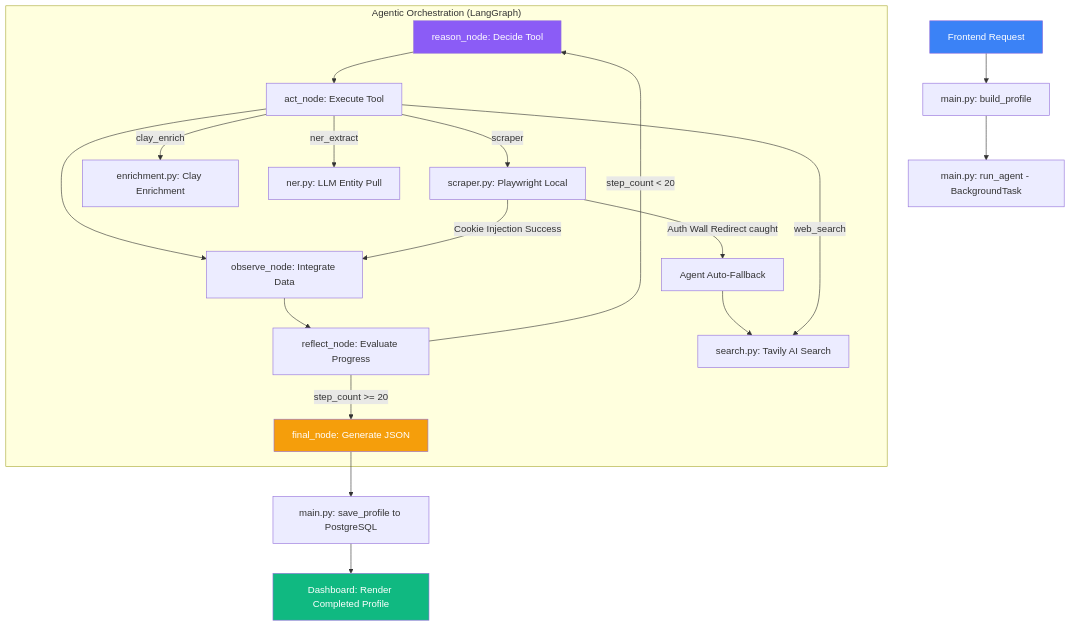
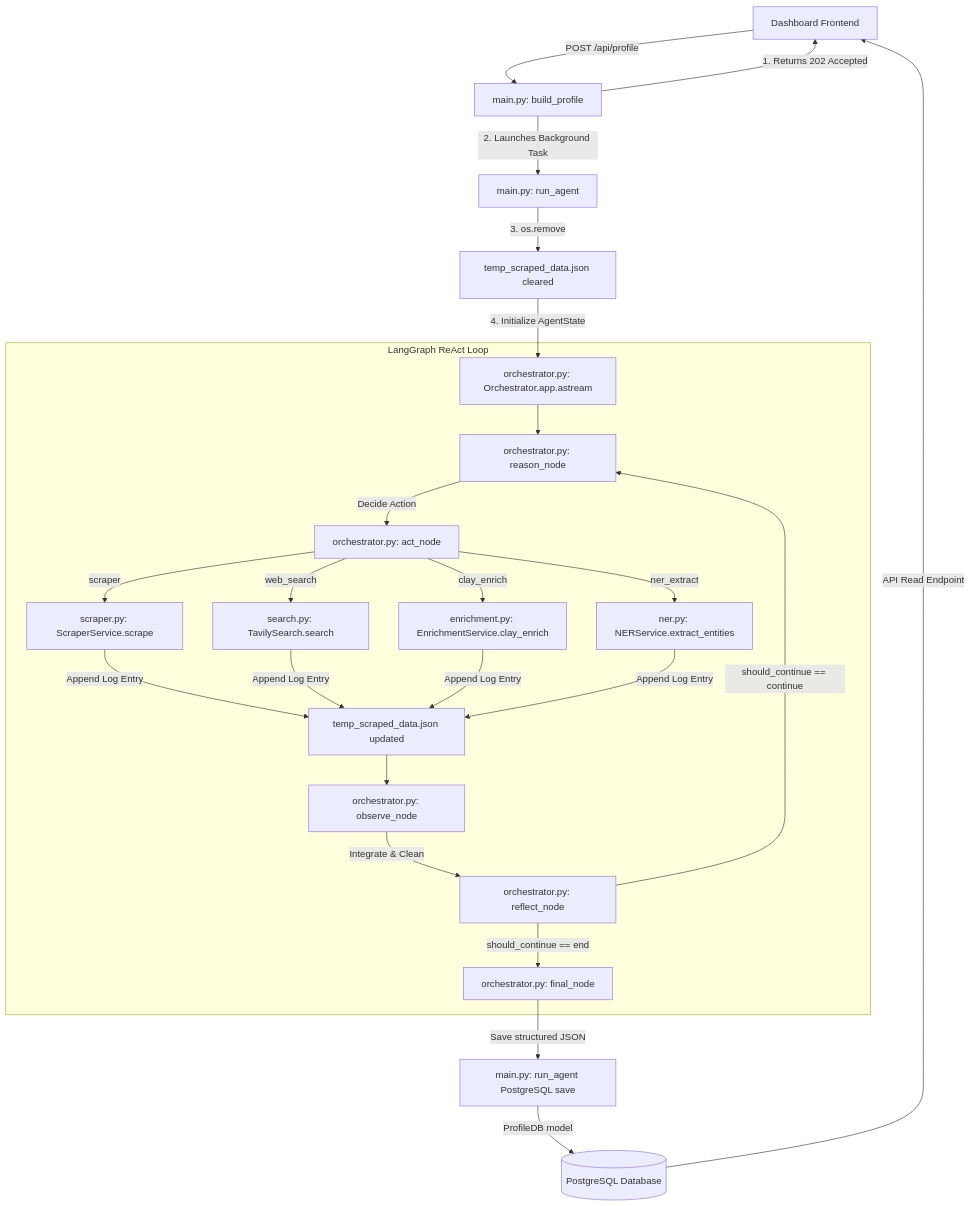
The diagram in PROJECT_WORKFLOW.md (nandhini9074-create/Agentic-AI), drawn with Mermaid before and after one commit. The commit also changed other lines of this file and 40 other files, not shown here.

````diff
--- a/PROJECT_WORKFLOW.md
+++ b/PROJECT_WORKFLOW.md
@@ -31,37 +11,41 @@
 ```mermaid
 graph TD
-    %% Entry Point
-    Start[Frontend Request] --> API[main.py: build_profile]
-    API --> BG[main.py: run_agent - BackgroundTask]
+    %% Trigger Phase
+    User[Dashboard Frontend] -->|POST /api/profile| API[main.py: build_profile]
     
-    %% The Loop
-    subgraph "Agentic Orchestration (LangGraph)"
-        R[reason_node: Decide Tool] --> Act[act_node: Execute Tool]
-        Act --> Obs[observe_node: Integrate Data]
-        Obs --> Ref[reflect_node: Evaluate Progress]
+    %% Async Thread Spawn
+    API -->|1. Returns 202 Accepted | User
+    API -->|2. Launches Background Task| Runner[main.py: run_agent]
+    
+    %% Start state & Log Wipe
+    Runner -->|3. os.remove| Clear[temp_scraped_data.json cleared]
+    Clear -->|4. Initialize AgentState| Graph[orchestrator.py: Orchestrator.app.astream]
+    
+    %% LangGraph Loop Sequence
+    subgraph "LangGraph ReAct Loop"
+        Graph --> NodeReason[orchestrator.py: reason_node]
+        NodeReason -->|Decide Action| NodeAct[orchestrator.py: act_node]
         
-        %% Tool Branching
-        Act -->|scraper| S[scraper.py: Playwright Local]
-        S -->|Cookie Injection Success| Obs
-        S -->|Auth Wall Redirect caught| Fallback[Agent Auto-Fallback]
-        Fallback --> W
+        %% Act Dispatcher
+        NodeAct -->|scraper| ServiceScrape[scraper.py: ScraperService.scrape]
+        NodeAct -->|web_search| ServiceSearch[search.py: TavilySearch.search]
+        NodeAct -->|clay_enrich| ServiceClay[enrichment.py: EnrichmentService.clay_enrich]
+        NodeAct -->|ner_extract| ServiceNER[ner.py: NERService.extract_entities]
         
-        Act -->|web_search| W[search.py: Tavily AI Search]
-        Act -->|clay_enrich| C[enrichment.py: Clay Enrichment]
-        Act -->|ner_extract| N[ner.py: LLM Entity Pull]
+        %% Central Caching
+        ServiceScrape & ServiceSearch & ServiceClay & ServiceNER -->|Append Log Entry| Cache[temp_scraped_data.json updated]
         
-        %% Loop or End
-        Ref -->|step_count < 20| R
-        Ref -->|step_count >= 20| F[final_node: Generate JSON]
+        %% Observe & Reflect
+        Cache --> NodeObserve[orchestrator.py: observe_node]
+        NodeObserve -->|Integrate & Clean| NodeReflect[orchestrator.py: reflect_node]
+        
+        %% Control Routing
+        NodeReflect -->|should_continue == continue| NodeReason
+        NodeReflect -->|should_continue == end| NodeFinal[orchestrator.py: final_node]
     end
     
-    %% Finalization
-    F --> Save[main.py: save_profile to PostgreSQL]
-    Save --> End[Dashboard: Render Completed Profile]
-    
-    %% Styling
-    style Start fill:#3b82f6,color:#fff
-    style End fill:#10b981,color:#fff
-    style R fill:#8b5cf6,color:#fff
-    style F fill:#f59e0b,color:#fff
+    %% Storage & Database persistence
+    NodeFinal -->|Save structured JSON| Store[main.py: run_agent PostgreSQL save]
+    Store -->|ProfileDB model| DB[(PostgreSQL Database)]
+    DB -->|API Read Endpoint| User
 ```
````
